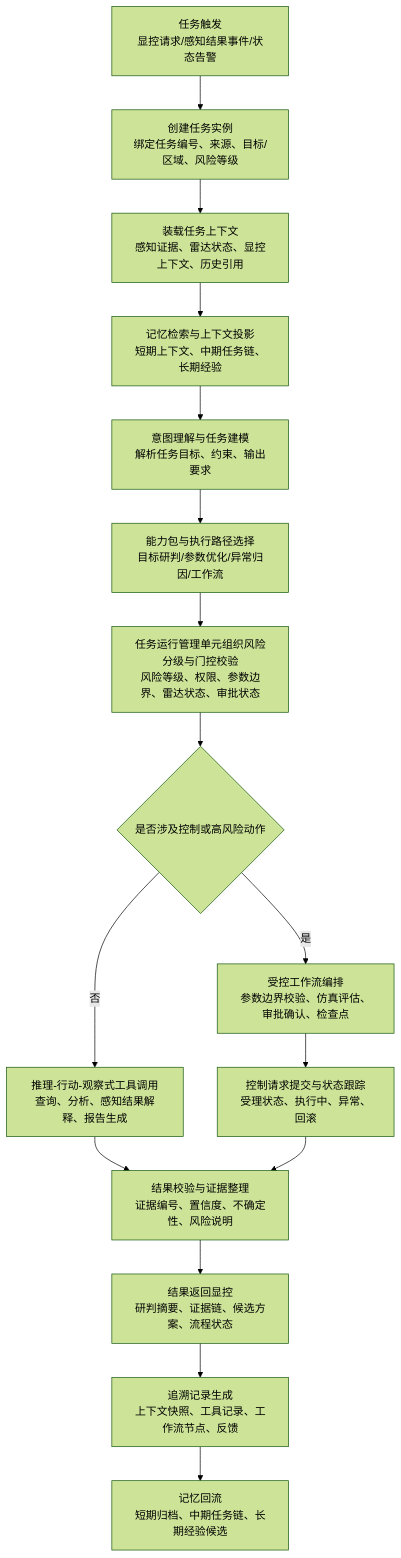
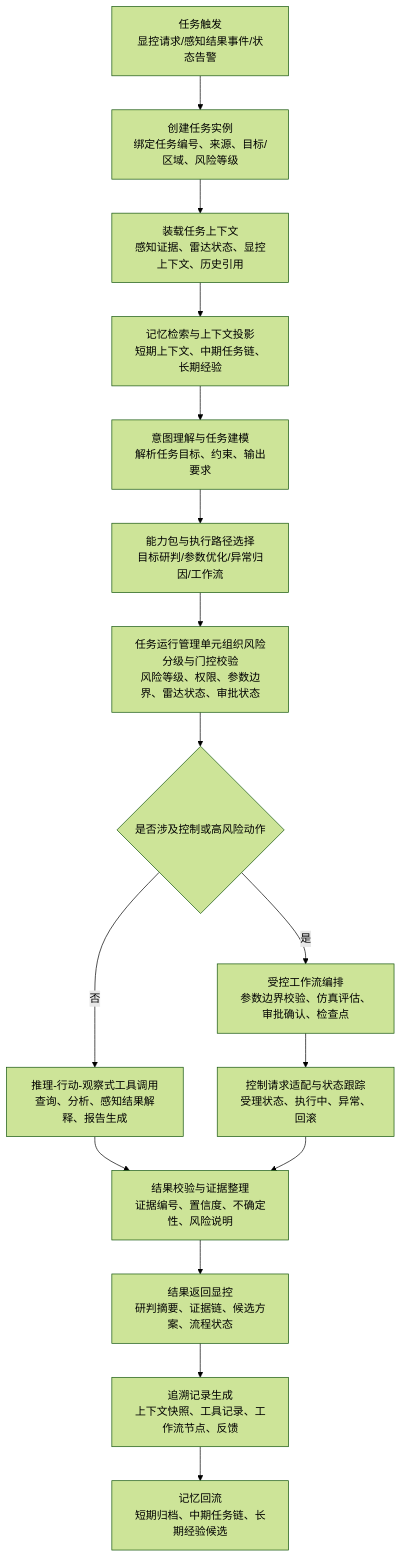
Before and after one commit to StormSeven1/obsidian-vault: the second of 7 diagrams in radar agent/4.3.3.2 LD智能体子系统技术方案.md, drawn with Mermaid (forest theme). The commit also changed other lines of this file, not shown here.

````diff
--- a/radar agent/4.3.3.2 LD智能体子系统技术方案.md
+++ b/radar agent/4.3.3.2 LD智能体子系统技术方案.md
@@ -71,18 +71,18 @@
 ```mermaid
 flowchart TD
     A[任务触发<br/>显控请求/感知结果事件/状态告警] --> B[创建任务实例<br/>绑定任务编号、来源、目标/区域、风险等级]
     B --> C[装载任务上下文<br/>感知证据、雷达状态、显控上下文、历史引用]
     C --> D[记忆检索与上下文投影<br/>短期上下文、中期任务链、长期经验]
     D --> E[意图理解与任务建模<br/>解析任务目标、约束、输出要求]
     E --> F[能力包与执行路径选择<br/>目标研判/参数优化/异常归因/工作流]
     F --> G[任务运行管理单元组织风险分级与门控校验<br/>风险等级、权限、参数边界、雷达状态、审批状态]
     G --> R{是否涉及控制或高风险动作}
     R -- 否 --> H[推理-行动-观察式工具调用<br/>查询、分析、感知结果解释、报告生成]
     R -- 是 --> I[受控工作流编排<br/>参数边界校验、仿真评估、审批确认、检查点]
     H --> J[结果校验与证据整理<br/>证据编号、置信度、不确定性、风险说明]
-    I --> Q[控制请求提交与状态跟踪<br/>受理状态、执行中、异常、回滚]
+    I --> Q[控制请求适配与状态跟踪<br/>受理状态、执行中、异常、回滚]
     Q --> J
     J --> K[结果返回显控<br/>研判摘要、证据链、候选方案、流程状态]
     K --> L[追溯记录生成<br/>上下文快照、工具记录、工作流节点、反馈]
     L --> M[记忆回流<br/>短期归档、中期任务链、长期经验候选]
 ```
````
